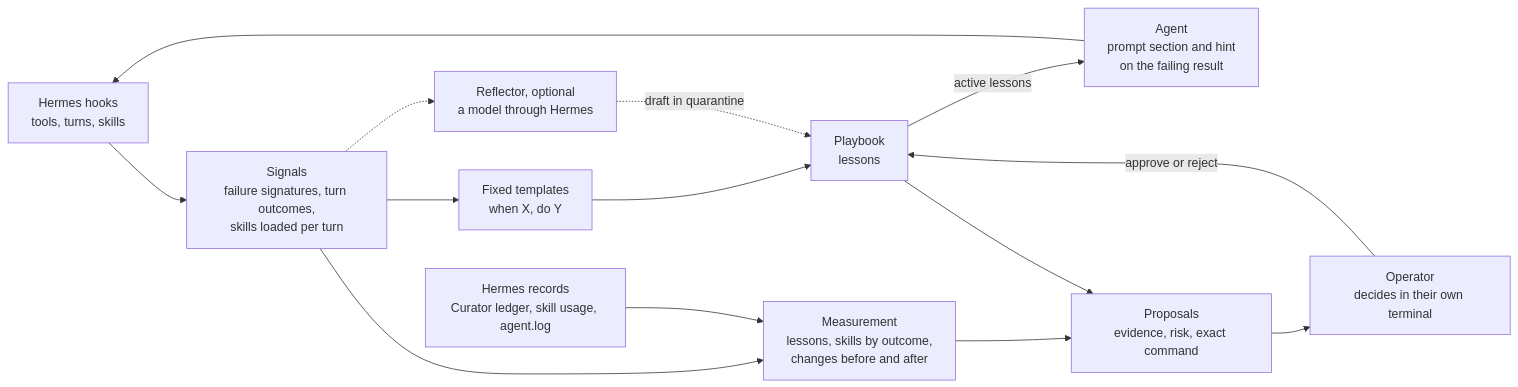
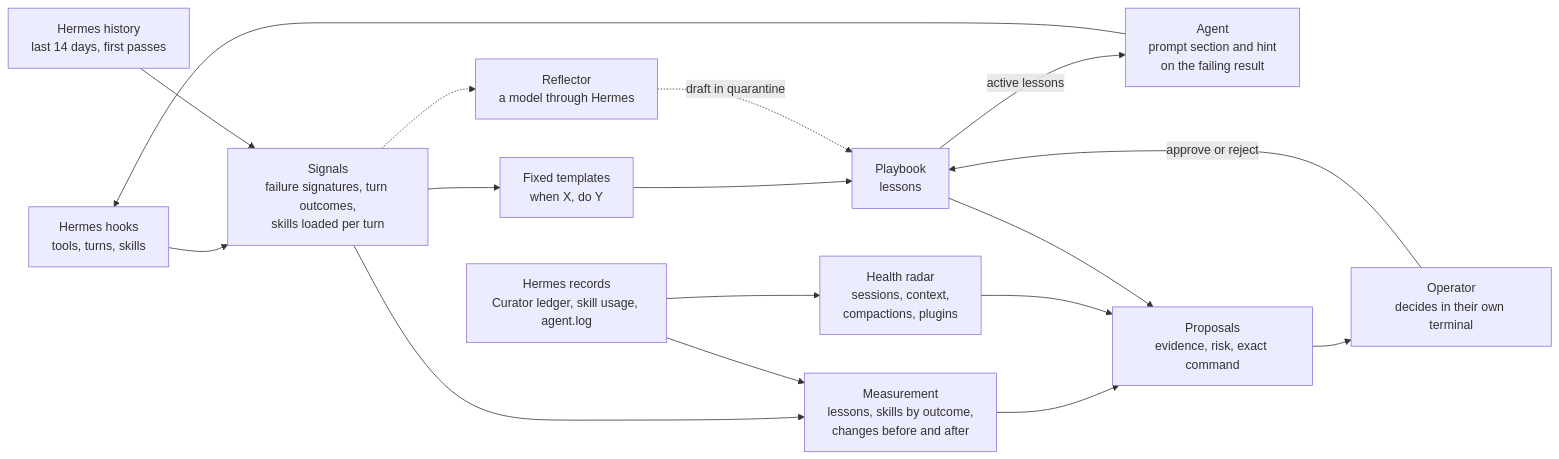
One commit to sesantanajr/hermes-atlas-evolution changed the diagram in README.md. Above: the diagram before and after it, drawn with Mermaid. The commit also changed other lines of this file and 10 other files, not shown here.

````diff
--- a/README.md
+++ b/README.md
@@ -29,27 +30,32 @@
 ```mermaid
 flowchart LR
     hooks["Hermes hooks<br/>tools, turns, skills"]
+    history["Hermes history<br/>last 14 days, first passes"]
     records["Hermes records<br/>Curator ledger, skill usage, agent.log"]
     signals["Signals<br/>failure signatures, turn outcomes,<br/>skills loaded per turn"]
     templates["Fixed templates<br/>when X, do Y"]
-    reflector["Reflector, optional<br/>a model through Hermes"]
+    reflector["Reflector<br/>a model through Hermes"]
     playbook["Playbook<br/>lessons"]
     agent["Agent<br/>prompt section and hint<br/>on the failing result"]
     measure["Measurement<br/>lessons, skills by outcome,<br/>changes before and after"]
+    radar["Health radar<br/>sessions, context,<br/>compactions, plugins"]
     proposals["Proposals<br/>evidence, risk, exact command"]
     operator["Operator<br/>decides in their own terminal"]
 
     hooks --> signals
+    history --> signals
     signals --> templates
     templates --> playbook
     signals -.-> reflector
     reflector -.->|draft in quarantine| playbook
     playbook -->|active lessons| agent
     agent --> hooks
     signals --> measure
     records --> measure
+    records --> radar
     measure --> proposals
+    radar --> proposals
     playbook --> proposals
     proposals --> operator
     operator -->|approve or reject| playbook
 ```
````
